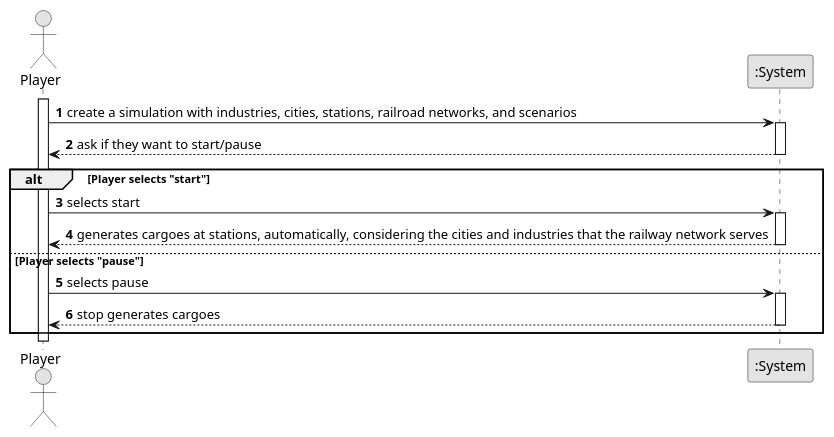
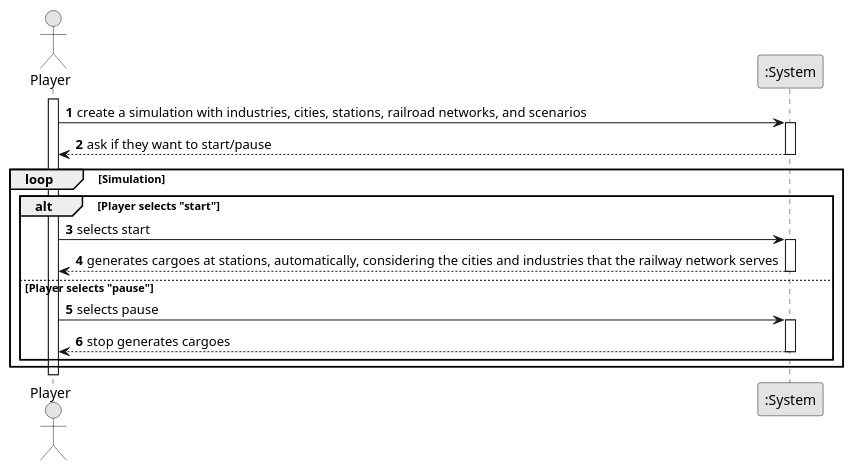
The diagram in docs/system-documentation/US012/01.requirements-engineering/puml/US012-SSD.puml (1240826/empire-on-tracks), drawn with PlantUML before and after one commit.

Commit message:
correçoes

```diff
--- a/docs/system-documentation/US012/01.requirements-engineering/puml/US012-SSD.puml
+++ b/docs/system-documentation/US012/01.requirements-engineering/puml/US012-SSD.puml
@@ -1,33 +1,32 @@
 @startuml
 skinparam monochrome true
 skinparam packageStyle rectangle
 skinparam shadowing false
 
 autonumber
 
 actor "Player" as Owner
 participant ":System" as System
 
 activate Owner
 
     Owner -> System : create a simulation with industries, cities, stations, railroad networks, and scenarios
     activate System
         System --> Owner : ask if they want to start/pause
     deactivate System
 
-    alt Player selects "start"
-        Owner -> System : selects start
-        activate System
-            System --> Owner : generates cargoes at stations, automatically, considering the cities and industries that the railway network serves
-        deactivate System
+    loop Simulation
+        alt Player selects "start"
+            Owner -> System : selects start
+            activate System
+                System --> Owner : generates cargoes at stations, automatically, considering the cities and industries that the railway network serves
+            deactivate System
         else Player selects "pause"
-
-        Owner -> System : selects pause
-        activate System
-            System --> Owner : stop generates cargoes
-        deactivate System
-
-        deactivate System
+            Owner -> System : selects pause
+            activate System
+                System --> Owner : stop generates cargoes
+            deactivate System
+        end
     end
 
 @enduml
```
